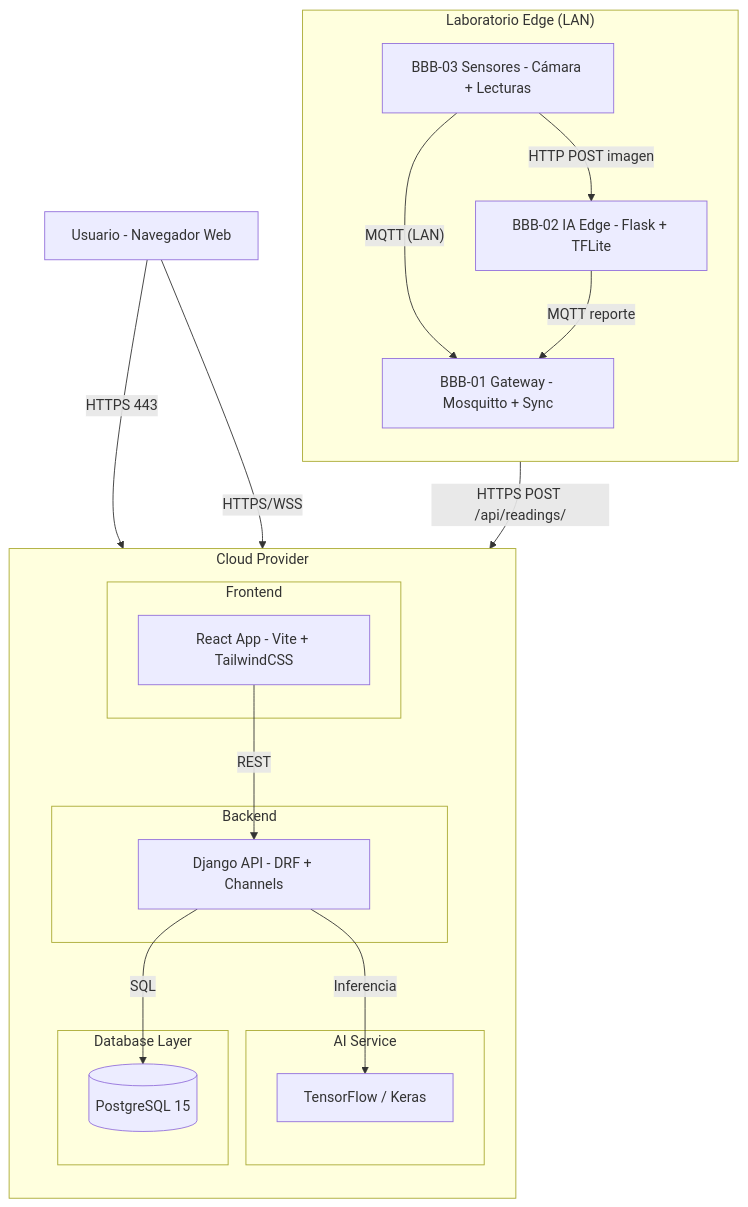
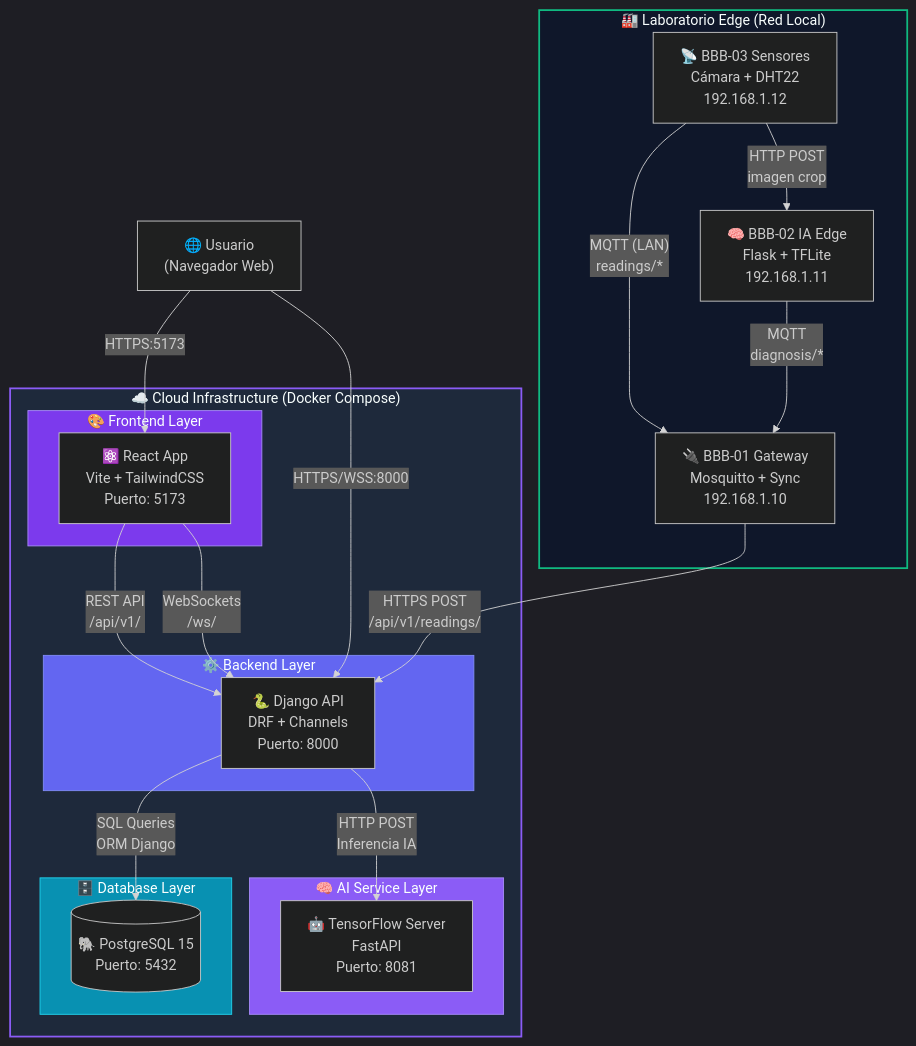
One commit to badolgm/sigcTiArural changed the third of 6 diagrams in README.md. Above: the diagram before and after it, drawn with Mermaid. The commit also changed other lines of this file and 6 other files, not shown here.

````diff
--- a/README.md
+++ b/README.md
@@ -115,39 +196,49 @@
 ```mermaid
-%%{init: {'flowchart': {'htmlLabels': true, 'useMaxWidth': true}} }%%
+%%{init: {'theme':'dark', 'themeVariables': { 'primaryColor':'#7c3aed'}}}%%
 flowchart TB
+    U["🌐 Usuario<br/>(Navegador Web)"]
 
-U["Usuario - Navegador Web"]
+    subgraph cloud["☁️ Cloud Infrastructure (Docker Compose)"]
+        subgraph frontend["🎨 Frontend Layer"]
+            FE["⚛️ React App<br/>Vite + TailwindCSS<br/>Puerto: 5173"]
+        end
+        
+        subgraph backend["⚙️ Backend Layer"]
+            API["🐍 Django API<br/>DRF + Channels<br/>Puerto: 8000"]
+        end
+        
+        subgraph ai["🧠 AI Service Layer"]
+            AIS["🤖 TensorFlow Server<br/>FastAPI<br/>Puerto: 8081"]
+        end
+        
+        subgraph db["🗄️ Database Layer"]
+            DB[("🐘 PostgreSQL 15<br/>Puerto: 5432")]
+        end
+        
+        FE -->|"REST API<br/>/api/v1/"| API
+        FE -->|"WebSockets<br/>/ws/"| API
+        API -->|"SQL Queries<br/>ORM Django"| DB
+        API -->|"HTTP POST<br/>Inferencia IA"| AIS
+    end
 
-subgraph CLOUD["Cloud Provider"]
-  direction TB
-  subgraph FRONTEND["Frontend"]
-    FE["React App - Vite + TailwindCSS"]
-  end
-  subgraph BACKEND["Backend"]
-    API["Django API - DRF + Channels"]
-  end
-  subgraph AI_SVC["AI Service"]
-    AIS["TensorFlow / Keras"]
-  end
-  subgraph DB_LAYER["Database Layer"]
-    DB[("PostgreSQL 15")]
-  end
-  FE -->|"REST"| API
-  API -->|"SQL"| DB
-  API -->|"Inferencia"| AIS
-end
+    subgraph edge["🏭 Laboratorio Edge (Red Local)"]
+        GW["🔌 BBB-01 Gateway<br/>Mosquitto + Sync<br/>192.168.1.10"]
+        IA_EDGE["🧠 BBB-02 IA Edge<br/>Flask + TFLite<br/>192.168.1.11"]
+        IOT["📡 BBB-03 Sensores<br/>Cámara + DHT22<br/>192.168.1.12"]
+        
+        IOT -->|"MQTT (LAN)<br/>readings/*"| GW
+        IOT -->|"HTTP POST<br/>imagen crop"| IA_EDGE
+        IA_EDGE -->|"MQTT<br/>diagnosis/*"| GW
+    end
 
-subgraph EDGE["Laboratorio Edge (LAN)"]
-  direction TB
-  GW["BBB-01 Gateway - Mosquitto + Sync"]
-  IA["BBB-02 IA Edge - Flask + TFLite"]
-  IOT["BBB-03 Sensores - Cámara + Lecturas"]
-  IOT -->|"MQTT (LAN)"| GW
-  IOT -->|"HTTP POST imagen"| IA
-  IA  -->|"MQTT reporte"| GW
-end
+    U -->|"HTTPS:5173"| FE
+    U -->|"HTTPS/WSS:8000"| API
+    GW -->|"HTTPS POST<br/>/api/v1/readings/"| API
 
-U  -->|"HTTPS 443"| FE
-U  -->|"HTTPS/WSS"| API
-GW -->|"HTTPS POST /api/readings/"| API
+    style cloud fill:#1e293b,stroke:#8b5cf6,stroke-width:2px
+    style edge fill:#0f172a,stroke:#10b981,stroke-width:2px
+    style frontend fill:#7c3aed,stroke:#a78bfa
+    style backend fill:#6366f1,stroke:#818cf8
+    style ai fill:#8b5cf6,stroke:#a78bfa
+    style db fill:#0891b2,stroke:#22d3ee
 ```
````
